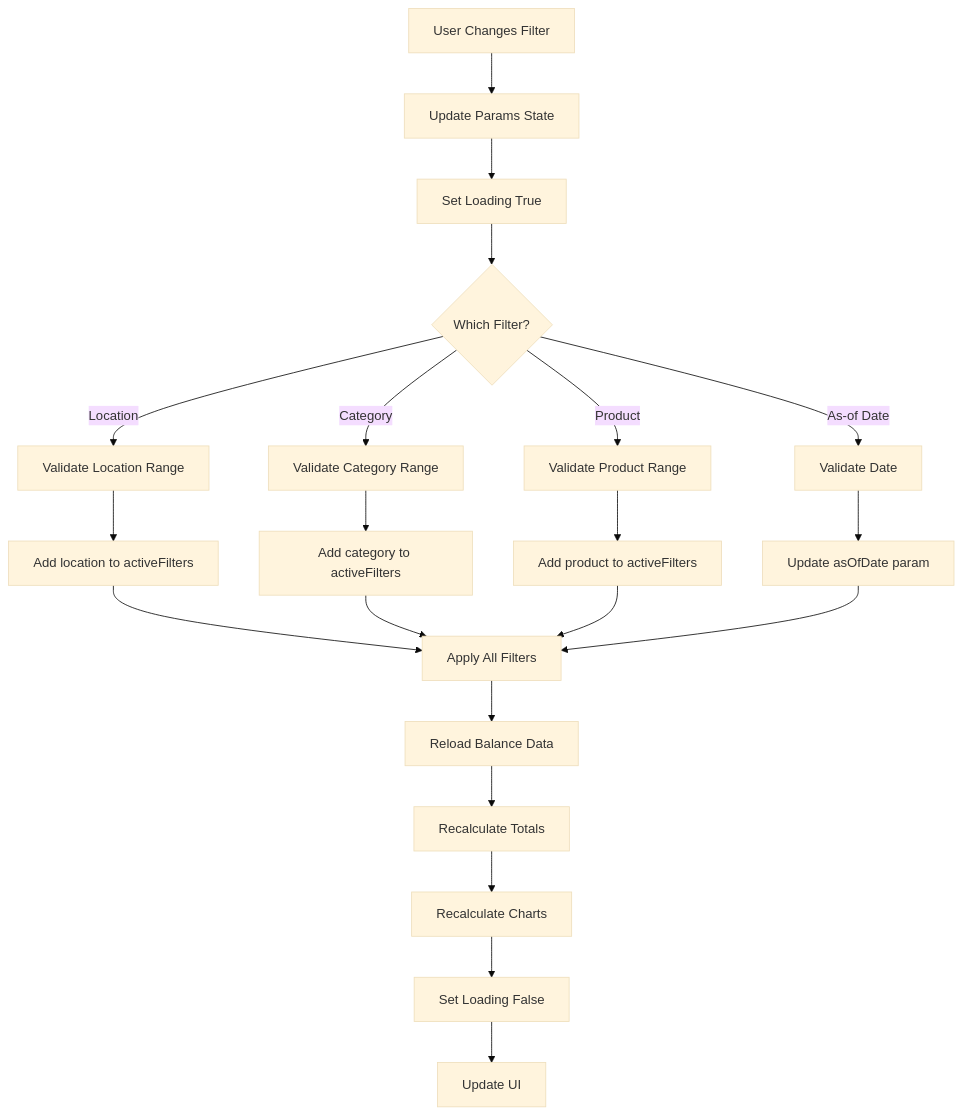
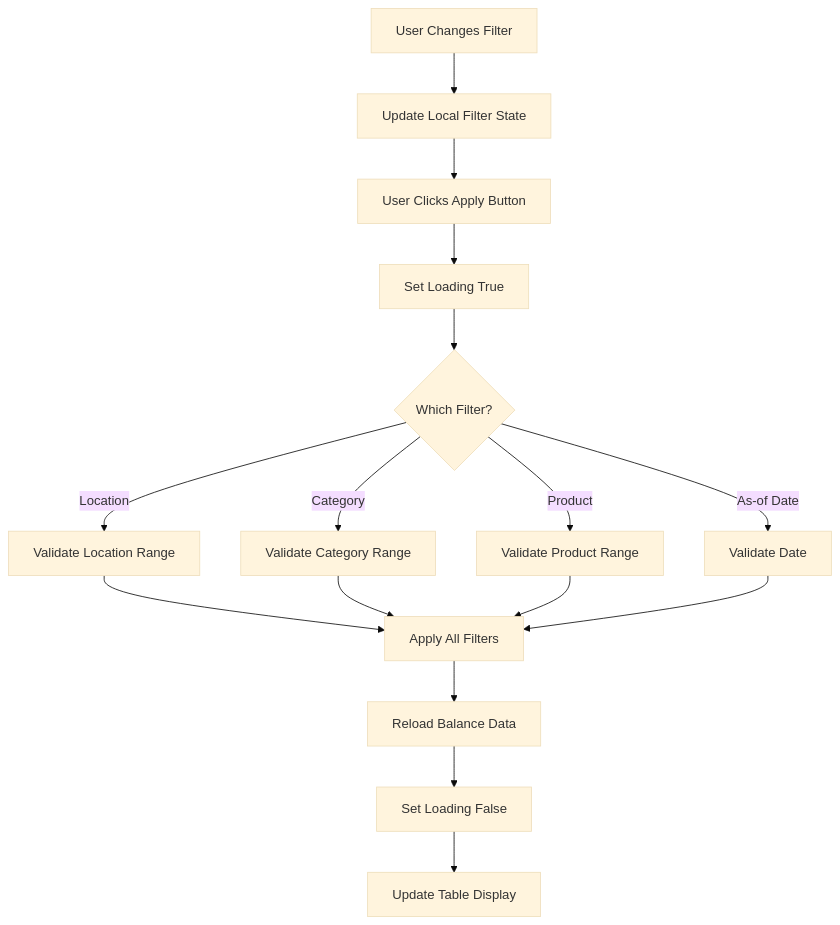
Before and after one commit to PeakMNA/carmen: the second of 16 diagrams in docs/app/inventory-management/stock-overview/inventory-balance/FD-inventory-balance.md, drawn with Mermaid (base theme). The commit also changed other lines of this file and 473 other files, not shown here.

````diff
--- a/docs/app/inventory-management/stock-overview/inventory-balance/FD-inventory-balance.md
+++ b/docs/app/inventory-management/stock-overview/inventory-balance/FD-inventory-balance.md
@@ -39,23 +43,18 @@
 ```mermaid
 flowchart TD
-    A[User Changes Filter] --> B[Update Params State]
-    B --> C[Set Loading True]
-    C --> D{Which Filter?}
-    D -->|Location| E[Validate Location Range]
-    D -->|Category| F[Validate Category Range]
-    D -->|Product| G[Validate Product Range]
-    D -->|As-of Date| H[Validate Date]
-    E --> I[Add location to activeFilters]
-    F --> J[Add category to activeFilters]
-    G --> K[Add product to activeFilters]
-    H --> L[Update asOfDate param]
-    I --> M[Apply All Filters]
-    J --> M
-    K --> M
-    L --> M
-    M --> N[Reload Balance Data]
-    N --> O[Recalculate Totals]
-    O --> P[Recalculate Charts]
-    P --> Q[Set Loading False]
-    Q --> R[Update UI]
+    A[User Changes Filter] --> B[Update Local Filter State]
+    B --> C[User Clicks Apply Button]
+    C --> D[Set Loading True]
+    D --> E{Which Filter?}
+    E -->|Location| F[Validate Location Range]
+    E -->|Category| G[Validate Category Range]
+    E -->|Product| H[Validate Product Range]
+    E -->|As-of Date| I[Validate Date]
+    F --> J[Apply All Filters]
+    G --> J
+    H --> J
+    I --> J
+    J --> K[Reload Balance Data]
+    K --> L[Set Loading False]
+    L --> M[Update Table Display]
 ```
````
